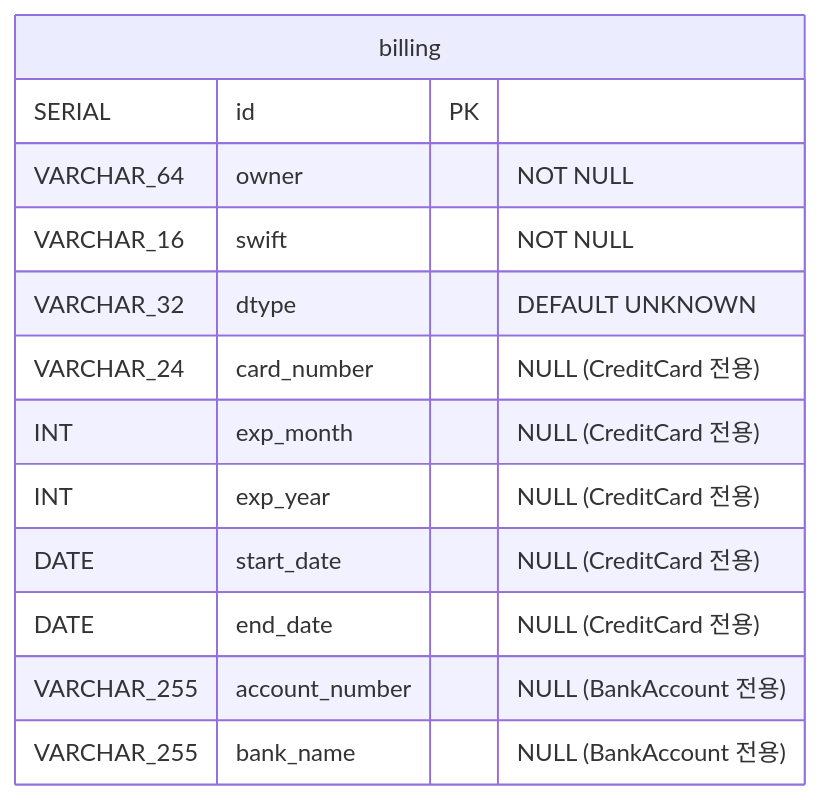
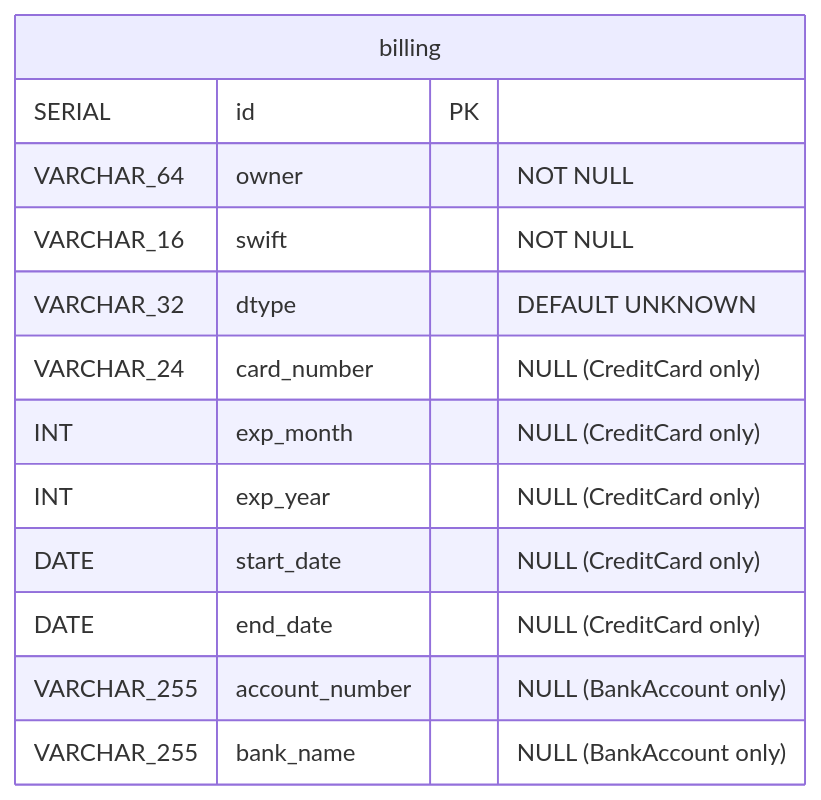
Before and after one commit to bluetape4k/exposed-workshop: the second of 7 diagrams in 07-jpa/02-convert-jpa-advanced/README.md, drawn with Mermaid. The commit also changed other lines of this file and 115 other files, not shown here.

````diff
--- a/07-jpa/02-convert-jpa-advanced/README.md
+++ b/07-jpa/02-convert-jpa-advanced/README.md
@@ -129,16 +131,16 @@
 ```mermaid
 erDiagram
     billing {
         SERIAL id PK
         VARCHAR_64 owner "NOT NULL"
         VARCHAR_16 swift "NOT NULL"
         VARCHAR_32 dtype "DEFAULT UNKNOWN"
-        VARCHAR_24 card_number "NULL (CreditCard 전용)"
-        INT exp_month "NULL (CreditCard 전용)"
-        INT exp_year "NULL (CreditCard 전용)"
-        DATE start_date "NULL (CreditCard 전용)"
-        DATE end_date "NULL (CreditCard 전용)"
-        VARCHAR_255 account_number "NULL (BankAccount 전용)"
-        VARCHAR_255 bank_name "NULL (BankAccount 전용)"
+        VARCHAR_24 card_number "NULL (CreditCard only)"
+        INT exp_month "NULL (CreditCard only)"
+        INT exp_year "NULL (CreditCard only)"
+        DATE start_date "NULL (CreditCard only)"
+        DATE end_date "NULL (CreditCard only)"
+        VARCHAR_255 account_number "NULL (BankAccount only)"
+        VARCHAR_255 bank_name "NULL (BankAccount only)"
     }
 ```
````
